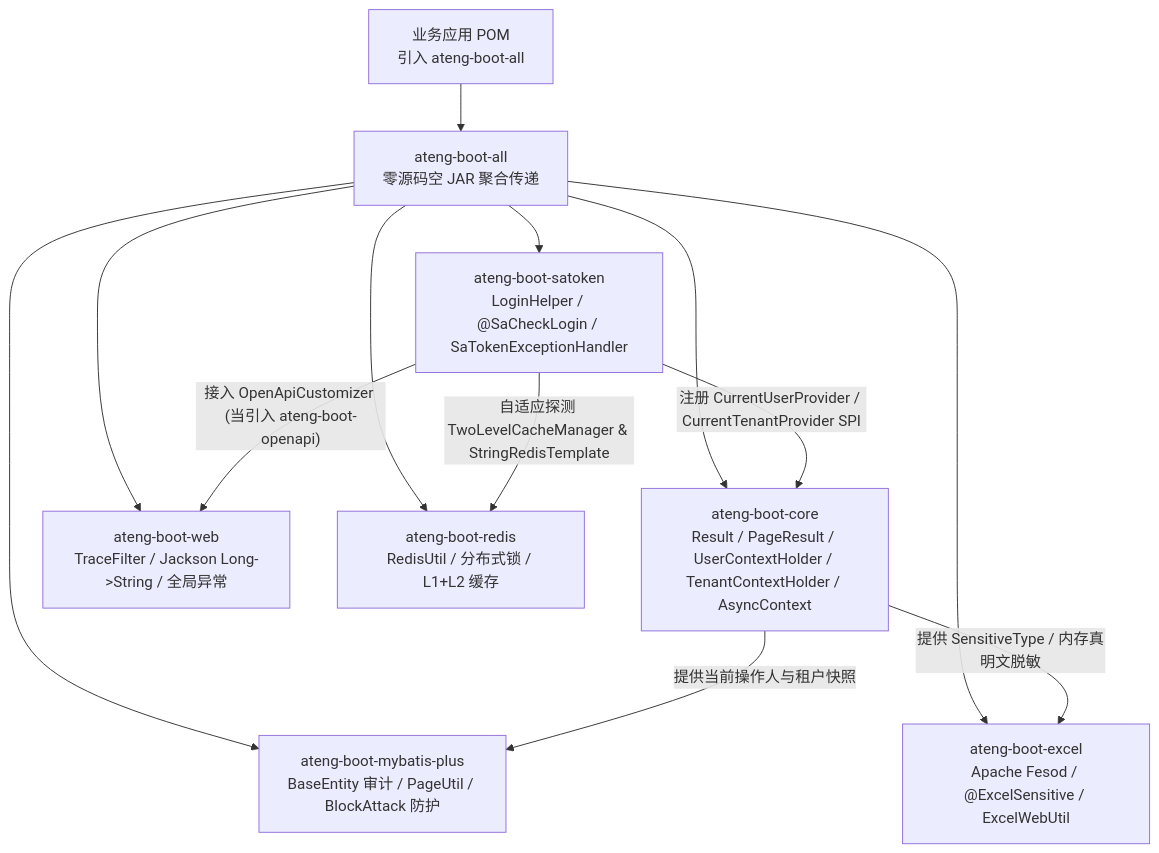
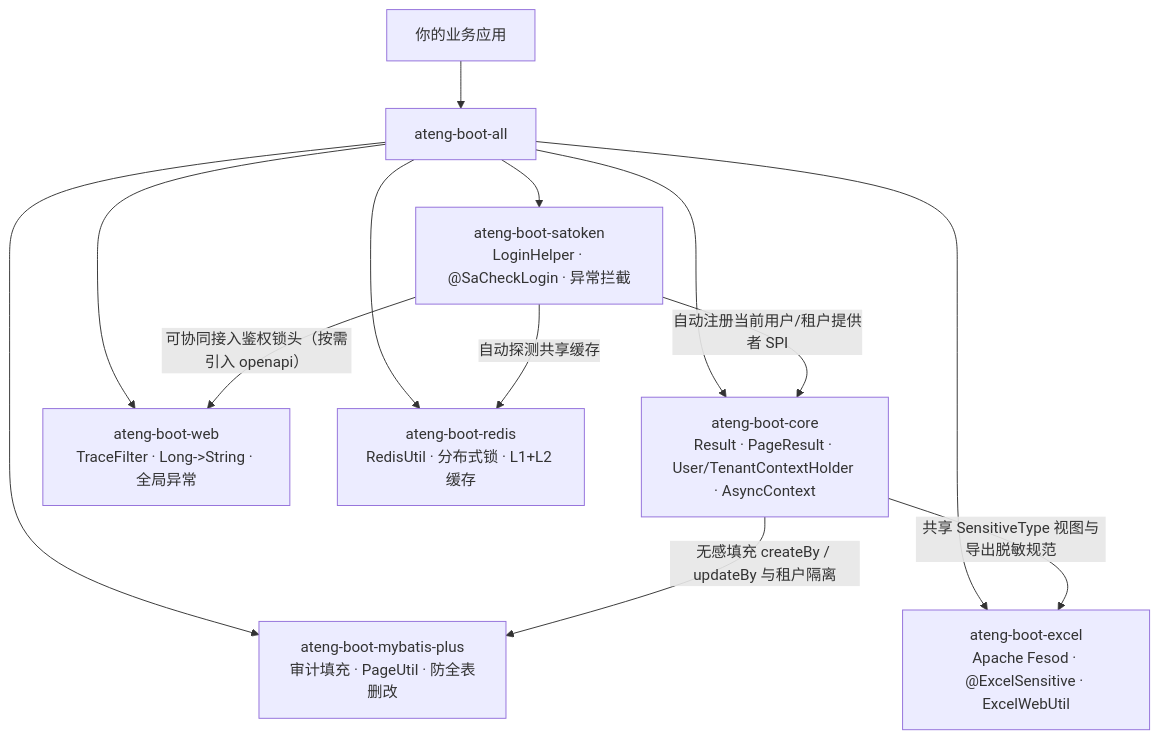
Before and after one commit to atengk/ateng-boot: the diagram in ateng-boot-all/README.md, drawn with Mermaid. The commit also changed other lines of this file and 8 other files, not shown here.

````diff
--- a/ateng-boot-all/README.md
+++ b/ateng-boot-all/README.md
@@ -201,16 +211,16 @@
 ```mermaid
 flowchart TB
-    APP["业务应用 POM<br/>引入 ateng-boot-all"] --> ALL["ateng-boot-all<br/>零源码空 JAR 聚合传递"]
-    ALL --> CORE["ateng-boot-core<br/>Result / PageResult / UserContextHolder / TenantContextHolder / AsyncContext"]
-    ALL --> WEB["ateng-boot-web<br/>TraceFilter / Jackson Long->String / 全局异常"]
-    ALL --> MP["ateng-boot-mybatis-plus<br/>BaseEntity 审计 / PageUtil / BlockAttack 防护"]
-    ALL --> REDIS["ateng-boot-redis<br/>RedisUtil / 分布式锁 / L1+L2 缓存"]
-    ALL --> EXCEL["ateng-boot-excel<br/>Apache Fesod / @ExcelSensitive / ExcelWebUtil"]
-    ALL --> SATOKEN["ateng-boot-satoken<br/>LoginHelper / @SaCheckLogin / SaTokenExceptionHandler"]
+    APP["你的业务应用"] --> ALL["ateng-boot-all"]
+    ALL --> CORE["ateng-boot-core<br/>Result · PageResult · User/TenantContextHolder · AsyncContext"]
+    ALL --> WEB["ateng-boot-web<br/>TraceFilter · Long->String · 全局异常"]
+    ALL --> MP["ateng-boot-mybatis-plus<br/>审计填充 · PageUtil · 防全表删改"]
+    ALL --> REDIS["ateng-boot-redis<br/>RedisUtil · 分布式锁 · L1+L2 缓存"]
+    ALL --> EXCEL["ateng-boot-excel<br/>Apache Fesod · @ExcelSensitive · ExcelWebUtil"]
+    ALL --> SATOKEN["ateng-boot-satoken<br/>LoginHelper · @SaCheckLogin · 异常拦截"]
 
-    SATOKEN -->|"注册 CurrentUserProvider / CurrentTenantProvider SPI"| CORE
-    CORE -->|"提供当前操作人与租户快照"| MP
-    SATOKEN -->|"自适应探测 TwoLevelCacheManager & StringRedisTemplate"| REDIS
-    SATOKEN -->|"接入 OpenApiCustomizer (当引入 ateng-boot-openapi)"| WEB
-    CORE -->|"提供 SensitiveType / 内存真明文脱敏"| EXCEL
+    SATOKEN -->|"自动注册当前用户/租户提供者 SPI"| CORE
+    CORE -->|"无感填充 createBy / updateBy 与租户隔离"| MP
+    SATOKEN -->|"自动探测共享缓存"| REDIS
+    SATOKEN -->|"可协同接入鉴权锁头（按需引入 openapi）"| WEB
+    CORE -->|"共享 SensitiveType 视图与导出脱敏规范"| EXCEL
 ```
````
